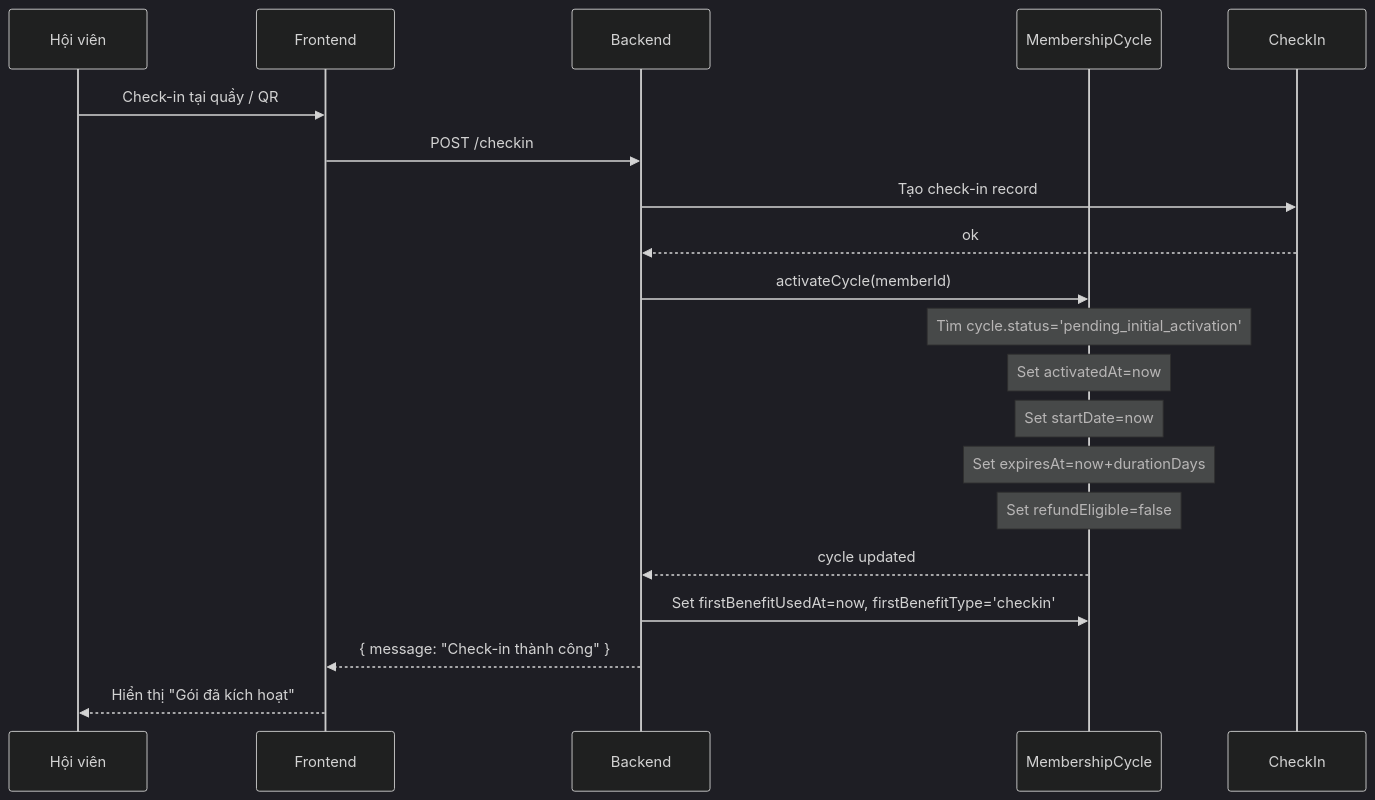
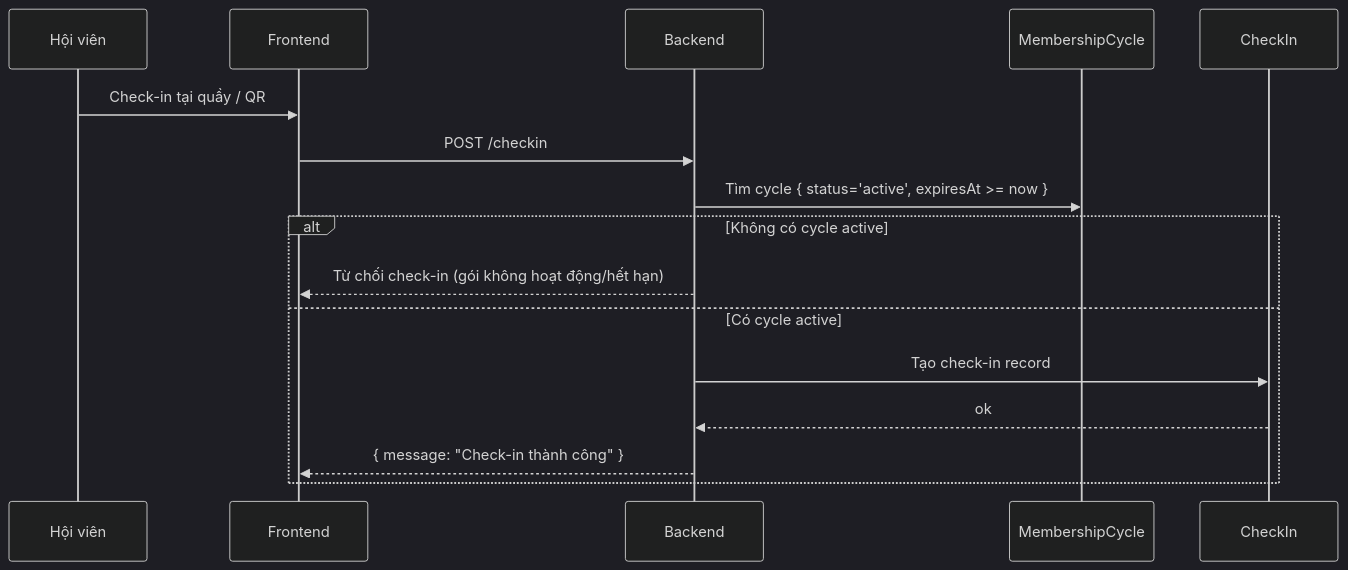
The sixth of 9 diagrams in docs/MEMBERSHIP_SYSTEM_ARCHITECTURE.md (quyen-dx/gymsystem), drawn with Mermaid (dark theme) before and after one commit. The commit also changed other lines of this file and 148 other files, not shown here.

````diff
--- a/docs/MEMBERSHIP_SYSTEM_ARCHITECTURE.md
+++ b/docs/MEMBERSHIP_SYSTEM_ARCHITECTURE.md
@@ -236,27 +238,20 @@
 ```mermaid
 sequenceDiagram
     participant Member as Hội viên
     participant FE as Frontend
     participant BE as Backend
     participant MC as MembershipCycle
     participant CheckIn as CheckIn
 
     Member->>FE: Check-in tại quầy / QR
     FE->>BE: POST /checkin
 
-    BE->>CheckIn: Tạo check-in record
-    CheckIn-->>BE: ok
-
-    BE->>MC: activateCycle(memberId)
-    Note over MC: Tìm cycle.status='pending_initial_activation'
-    Note over MC: Set activatedAt=now
-    Note over MC: Set startDate=now
-    Note over MC: Set expiresAt=now+durationDays
-    Note over MC: Set refundEligible=false
-    MC-->>BE: cycle updated
-
-    BE->>MC: Set firstBenefitUsedAt=now, firstBenefitType='checkin'
-
-    BE-->>FE: { message: "Check-in thành công" }
-    FE-->>Member: Hiển thị "Gói đã kích hoạt"
+    BE->>MC: Tìm cycle { status='active', expiresAt >= now }
+    alt Không có cycle active
+        BE-->>FE: Từ chối check-in (gói không hoạt động/hết hạn)
+    else Có cycle active
+        BE->>CheckIn: Tạo check-in record
+        CheckIn-->>BE: ok
+        BE-->>FE: { message: "Check-in thành công" }
+    end
 ```
````
